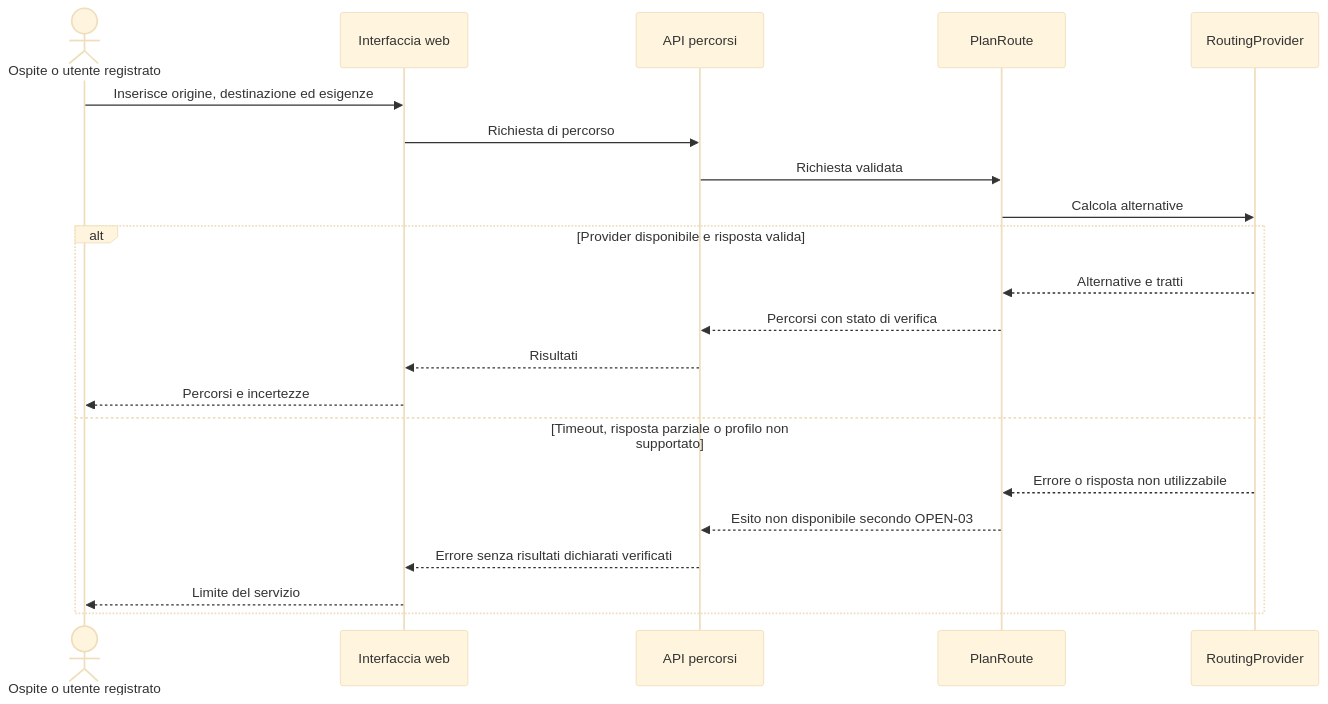
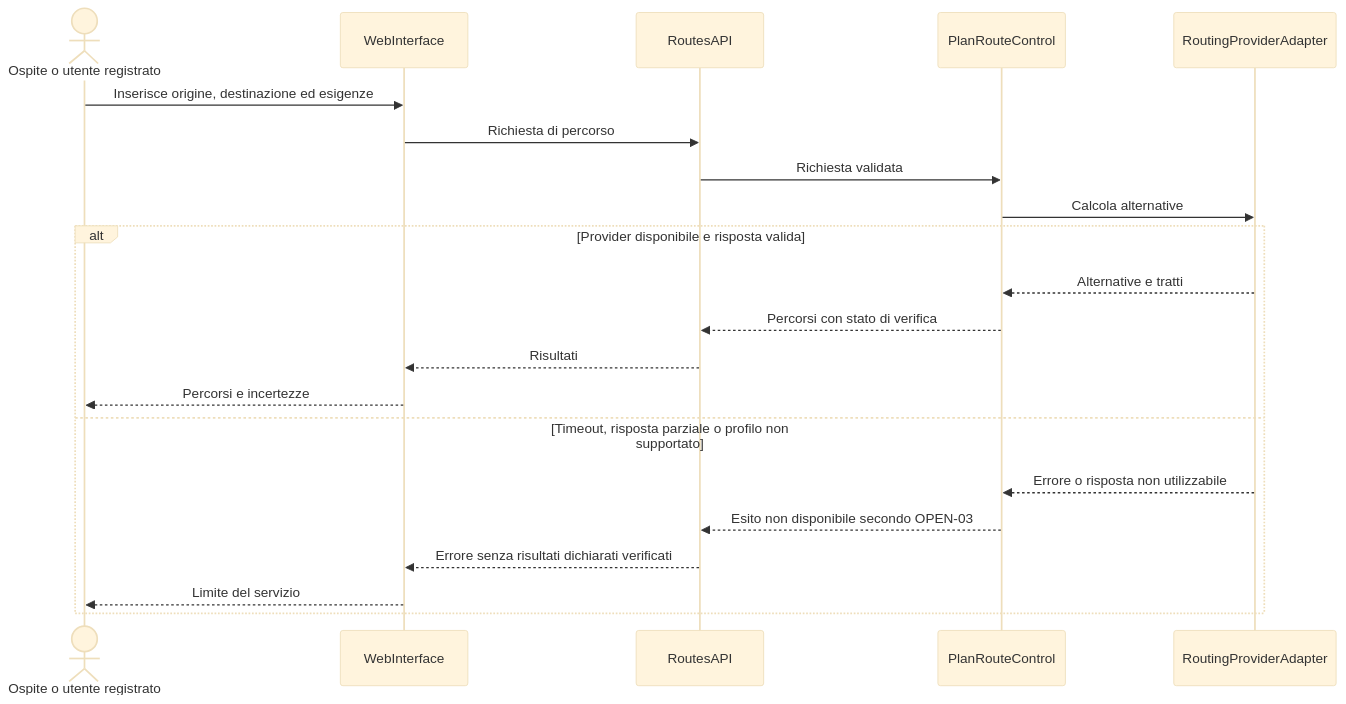
One commit to andreaplini/aegis changed the third of 9 diagrams in docs/RAD.md. Above: the diagram before and after it, drawn with Mermaid (base theme). The commit also changed other lines of this file and 3 other files, not shown here.

Commit message:
docs: simplify domain model and name UML objects

````diff
--- a/docs/RAD.md
+++ b/docs/RAD.md
@@ -485,24 +455,24 @@
 ```mermaid
 sequenceDiagram
   accDescr: L'ospite o l'utente registrato invia la richiesta e riceve percorsi con l'incertezza evidenziata.
   actor U as Ospite o utente registrato
-  participant UI as Interfaccia web
-  participant API as API percorsi
-  participant UC as PlanRoute
-  participant RP as RoutingProvider
+  participant UI as WebInterface
+  participant API as RoutesAPI
+  participant UC as PlanRouteControl
+  participant RP as RoutingProviderAdapter
   U->>UI: Inserisce origine, destinazione ed esigenze
   UI->>API: Richiesta di percorso
   API->>UC: Richiesta validata
   UC->>RP: Calcola alternative
   alt Provider disponibile e risposta valida
     RP-->>UC: Alternative e tratti
     UC-->>API: Percorsi con stato di verifica
     API-->>UI: Risultati
     UI-->>U: Percorsi e incertezze
   else Timeout, risposta parziale o profilo non supportato
     RP-->>UC: Errore o risposta non utilizzabile
     UC-->>API: Esito non disponibile secondo OPEN-03
     API-->>UI: Errore senza risultati dichiarati verificati
     UI-->>U: Limite del servizio
   end
 ```
````
